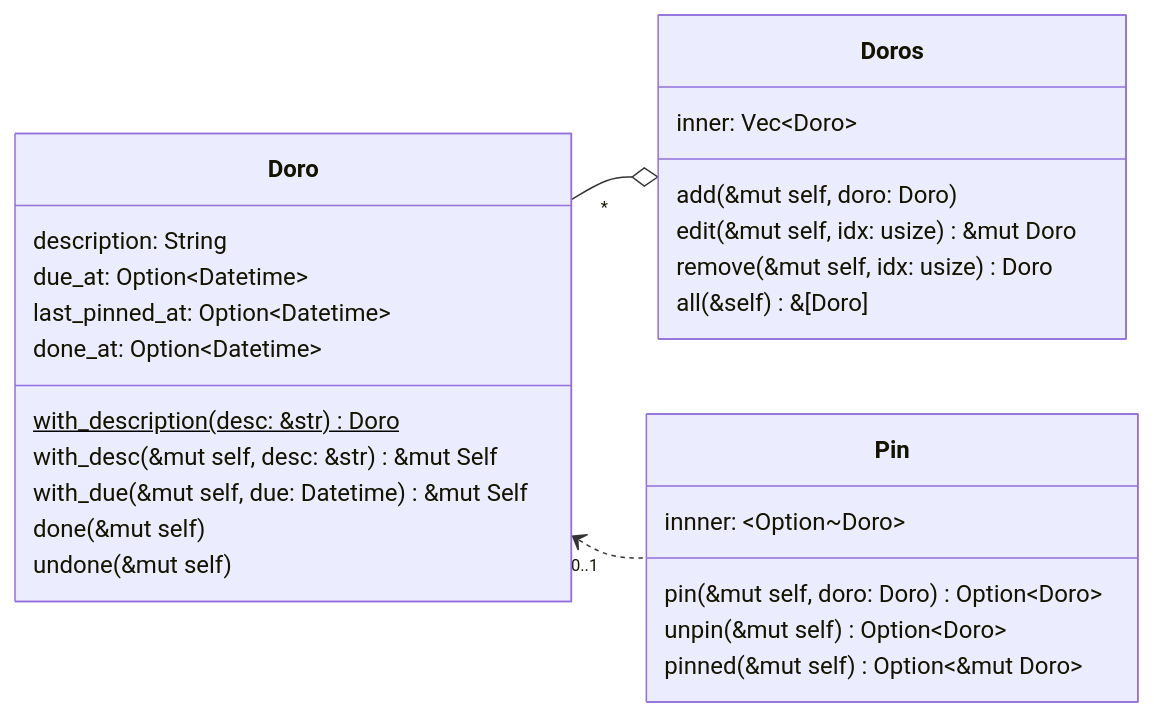
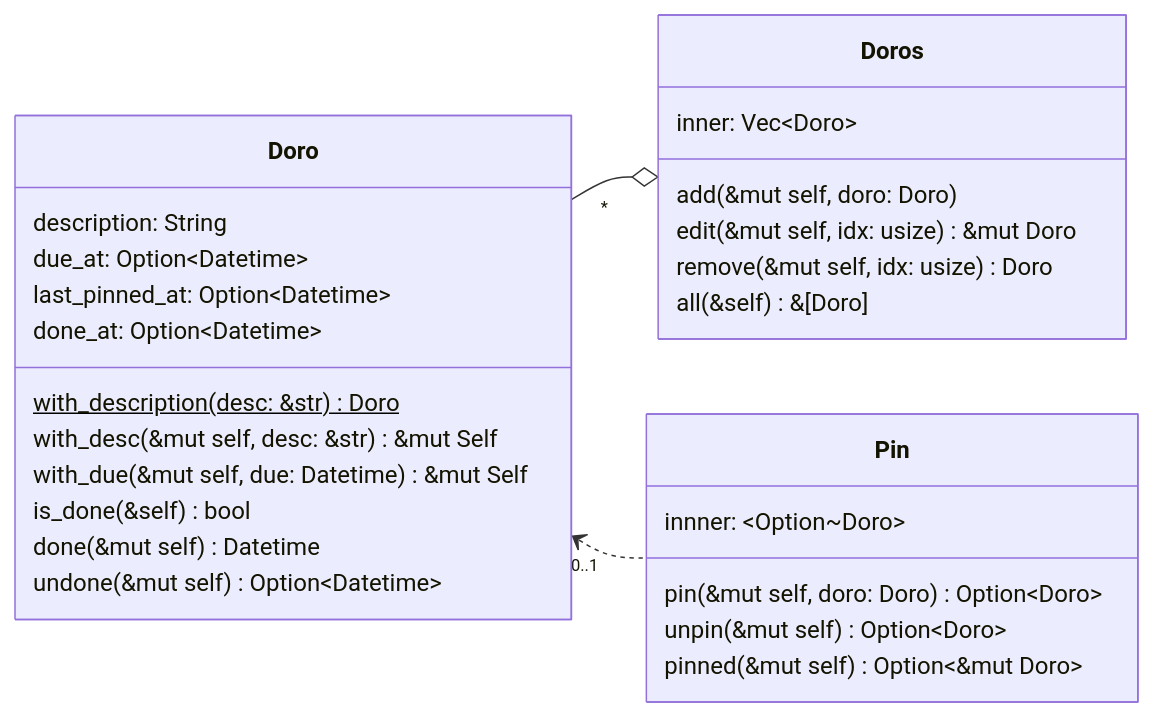
One commit to huangjj27/huangjj27.github.io changed the fourth of 5 diagrams in src/pomo_doro/doro.md. Above: the diagram before and after it, drawn with Mermaid. The commit also changed other lines of this file, not shown here.

Commit message:
sprint1(pomo_dro): 修改设计逻辑

````diff
--- a/src/pomo_doro/doro.md
+++ b/src/pomo_doro/doro.md
@@ -60,33 +61,34 @@
 ```mermaid
 classDiagram
     direction LR
     Doro "*" --o Doros
     Doro "0..1" <.. Pin
 
     class Doro {
         description: String
         due_at: Option~Datetime~
         last_pinned_at: Option~Datetime~
         done_at: Option~Datetime~
         with_description(desc: &str) Doro$
         with_desc(&mut self, desc: &str) &mut Self
         with_due(&mut self, due: Datetime) &mut Self
-        done(&mut self)
-        undone(&mut self)
+        is_done(&self) bool
+        done(&mut self) Datetime
+        undone(&mut self) Option~Datetime~
     }
 
     class Doros {
         inner: Vec~Doro~
         add(&mut self, doro: Doro)
         edit(&mut self, idx: usize) &mut Doro
         remove(&mut self, idx: usize) Doro
         all(&self) &[Doro]
     }
 
     class Pin {
         innner: ~Option~Doro~
         pin(&mut self, doro: Doro) Option~Doro~
         unpin(&mut self) Option~Doro~
         pinned(&mut self) Option~&mut Doro~
     }
 ```
````
